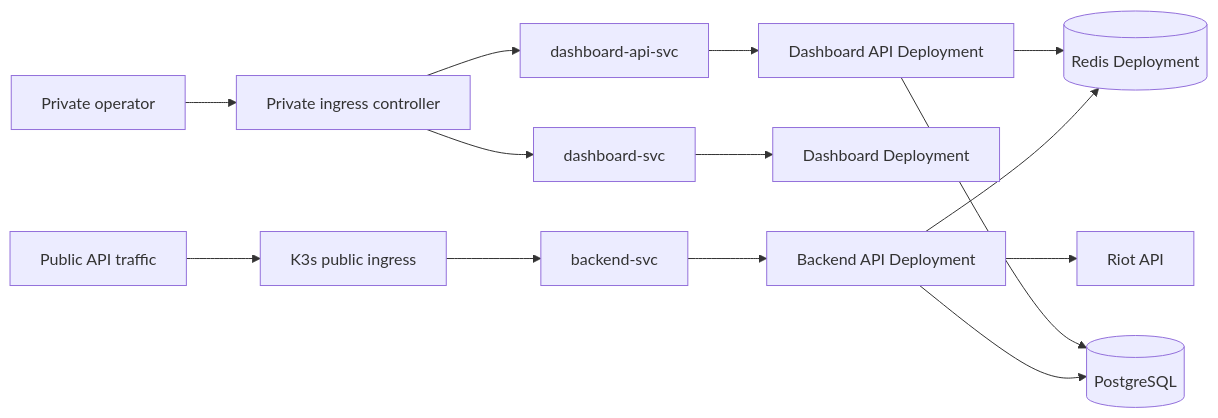
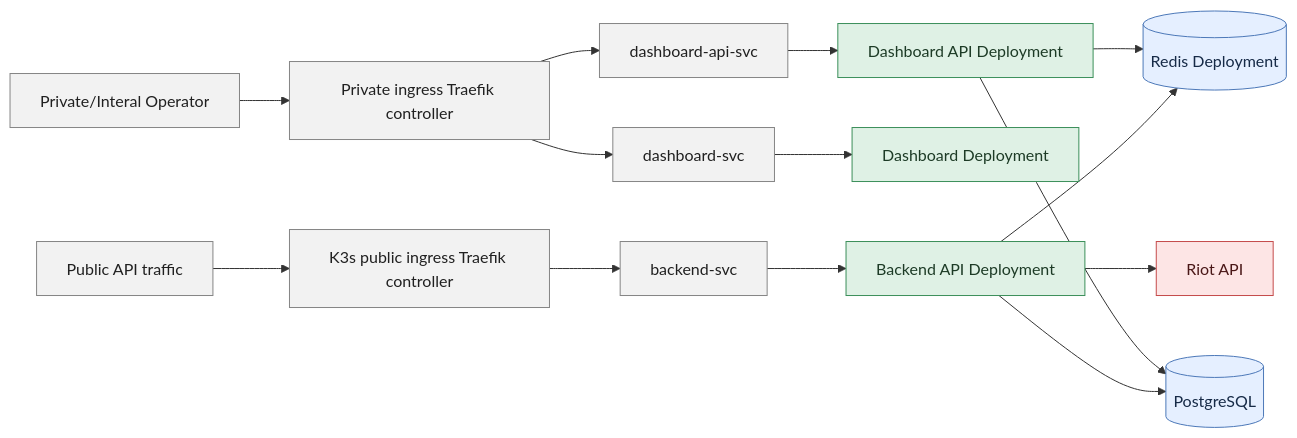
The first of 3 diagrams in docs/kubernetes-runtime.md (winrates-gg/wrgg-public-documentation), drawn with Mermaid before and after one commit. The commit also changed other lines of this file and 4 other files, not shown here.

````diff
--- a/docs/kubernetes-runtime.md
+++ b/docs/kubernetes-runtime.md
@@ -24,29 +40,39 @@
 ```mermaid
 flowchart LR
     Public[Public API traffic]
-    PublicIngress[K3s public ingress]
+    PublicIngress[K3s public ingress Traefik controller]
     BackendService[backend-svc]
     API[Backend API Deployment]
 
-    Operator[Private operator]
-    PrivateIngress[Private ingress controller]
+    Operator[Private/Interal Operator]
+    PrivateIngress[Private ingress Traefik controller]
     DashboardService[dashboard-svc]
     DashboardAPIService[dashboard-api-svc]
     Dashboard[Dashboard Deployment]
     DashboardAPI[Dashboard API Deployment]
 
     Redis[(Redis Deployment)]
     PostgreSQL[(PostgreSQL)]
     Riot[Riot API]
 
     Public --> PublicIngress --> BackendService --> API
     Operator --> PrivateIngress
     PrivateIngress --> DashboardService --> Dashboard
     PrivateIngress --> DashboardAPIService --> DashboardAPI
 
     API --> Redis
     API --> PostgreSQL
     API --> Riot
     DashboardAPI --> Redis
     DashboardAPI --> PostgreSQL
+
+    classDef neutral fill:#f2f2f2,stroke:#858585,color:#202020
+    classDef app fill:#dff1e5,stroke:#3b8f5a,color:#1d3b26
+    classDef aws fill:#e5efff,stroke:#4c78b8,color:#162a47
+    classDef external fill:#fde5e5,stroke:#c54b4b,color:#4a1717
+
+    class Public,PublicIngress,BackendService,Operator,PrivateIngress,DashboardService,DashboardAPIService neutral
+    class API,Dashboard,DashboardAPI app
+    class Redis,PostgreSQL aws
+    class Riot external
 ```
````
